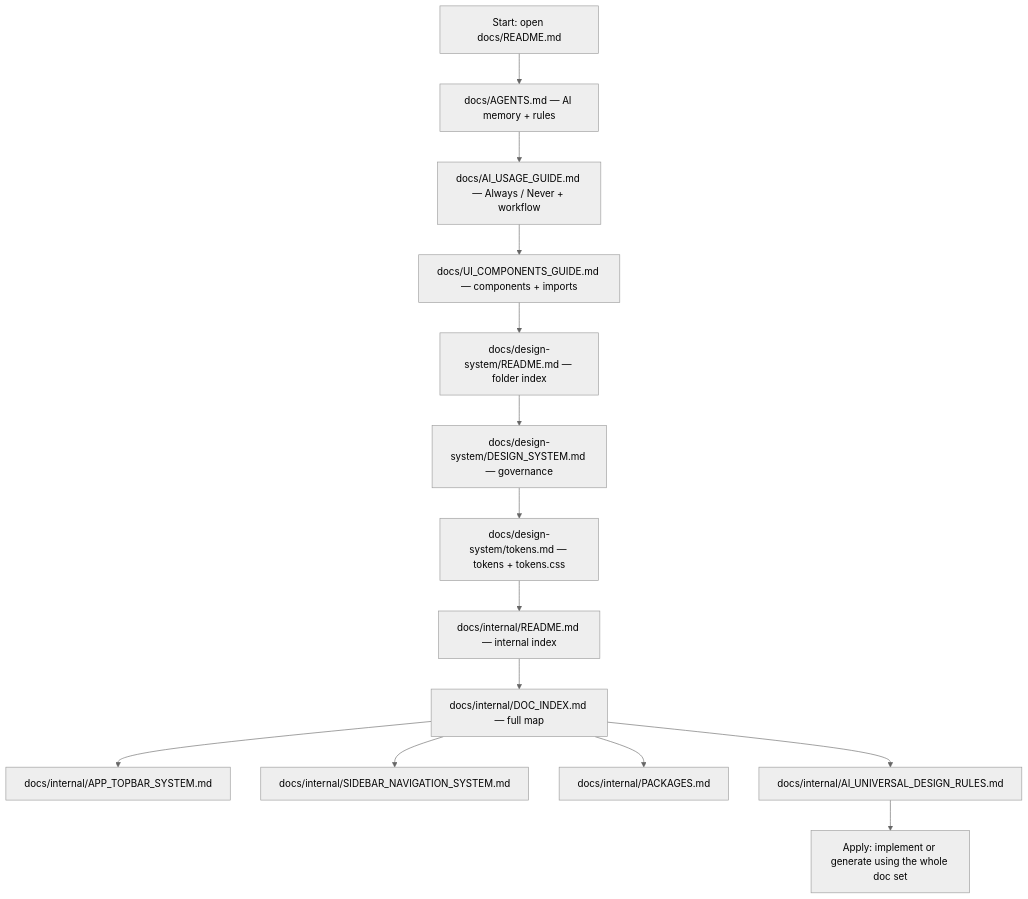
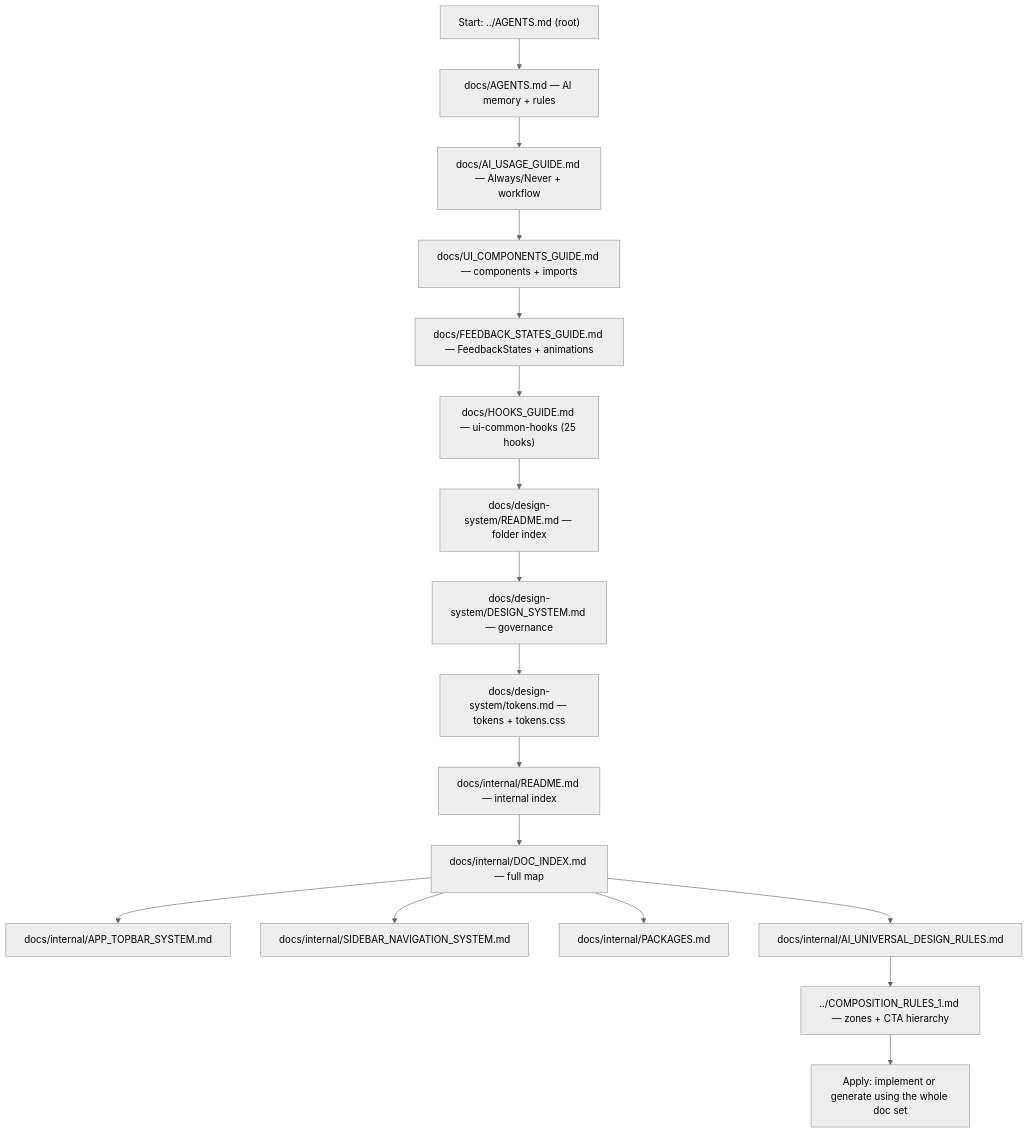
One commit to gaurabantu/common-componats changed the diagram in docs/README.md. Above: the diagram before and after it, drawn with Mermaid (neutral theme). The commit also changed other lines of this file and 91 other files, not shown here.

````diff
--- a/docs/README.md
+++ b/docs/README.md
@@ -9,16 +14,19 @@
 ```mermaid
 flowchart TD
-  Start["Start: open docs/README.md"] --> Agents["docs/AGENTS.md — AI memory + rules"]
-  Agents --> AIUse["docs/AI_USAGE_GUIDE.md — Always / Never + workflow"]
+  Start["Start: ../AGENTS.md (root)"] --> Agents["docs/AGENTS.md — AI memory + rules"]
+  Agents --> AIUse["docs/AI_USAGE_GUIDE.md — Always/Never + workflow"]
   AIUse --> UI["docs/UI_COMPONENTS_GUIDE.md — components + imports"]
-  UI --> DSRead["docs/design-system/README.md — folder index"]
+  UI --> FB["docs/FEEDBACK_STATES_GUIDE.md — FeedbackStates + animations"]
+  FB --> HK["docs/HOOKS_GUIDE.md — ui-common-hooks (25 hooks)"]
+  HK --> DSRead["docs/design-system/README.md — folder index"]
   DSRead --> DS["docs/design-system/DESIGN_SYSTEM.md — governance"]
   DS --> TK["docs/design-system/tokens.md — tokens + tokens.css"]
   TK --> IntRead["docs/internal/README.md — internal index"]
   IntRead --> Idx["docs/internal/DOC_INDEX.md — full map"]
   Idx --> Top["docs/internal/APP_TOPBAR_SYSTEM.md"]
   Idx --> Side["docs/internal/SIDEBAR_NAVIGATION_SYSTEM.md"]
   Idx --> Pkg["docs/internal/PACKAGES.md"]
   Idx --> Univ["docs/internal/AI_UNIVERSAL_DESIGN_RULES.md"]
-  Univ --> Done["Apply: implement or generate using the whole doc set"]
+  Univ --> Comp["../COMPOSITION_RULES_1.md — zones + CTA hierarchy"]
+  Comp --> Done["Apply: implement or generate using the whole doc set"]
 ```
````
